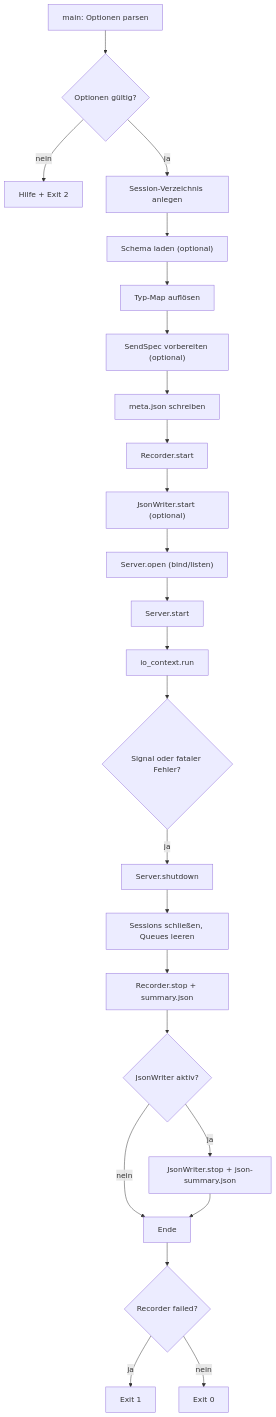
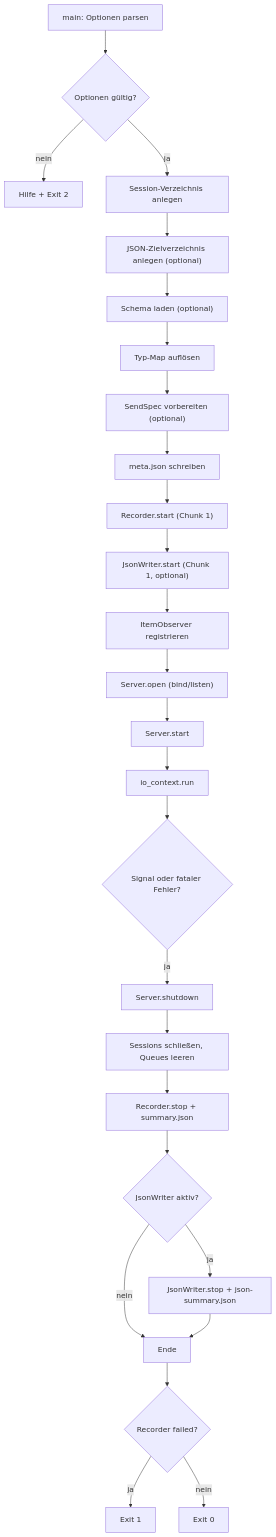
Before and after one commit to chriswit68/protorecprep: the fourth of 17 diagrams in doc/software-design.md, drawn with Mermaid. The commit also changed other lines of this file and 22 other files, not shown here.

````diff
--- a/doc/software-design.md
+++ b/doc/software-design.md
@@ -709,26 +736,28 @@
 ```mermaid
 flowchart TD
   A["main: Optionen parsen"] --> B{"Optionen gültig?"}
   B -->|nein| Z1["Hilfe + Exit 2"]
   B -->|ja| C["Session-Verzeichnis anlegen"]
-  C --> D["Schema laden (optional)"]
+  C --> C2["JSON-Zielverzeichnis anlegen (optional)"]
+  C2 --> D["Schema laden (optional)"]
   D --> E["Typ-Map auflösen"]
   E --> F["SendSpec vorbereiten (optional)"]
   F --> G["meta.json schreiben"]
-  G --> H["Recorder.start"]
-  H --> I["JsonWriter.start (optional)"]
-  I --> J["Server.open (bind/listen)"]
+  G --> H["Recorder.start (Chunk 1)"]
+  H --> I["JsonWriter.start (Chunk 1, optional)"]
+  I --> I2["ItemObserver registrieren"]
+  I2 --> J["Server.open (bind/listen)"]
   J --> K["Server.start"]
   K --> L["io_context.run"]
   L --> M{"Signal oder fataler Fehler?"}
   M -->|ja| N["Server.shutdown"]
   N --> O["Sessions schließen, Queues leeren"]
   O --> P["Recorder.stop + summary.json"]
   P --> Q{"JsonWriter aktiv?"}
   Q -->|ja| R["JsonWriter.stop + json-summary.json"]
   Q -->|nein| S["Ende"]
   R --> S
   S --> T{"Recorder failed?"}
   T -->|ja| Z2["Exit 1"]
   T -->|nein| Z3["Exit 0"]
 ```
````
